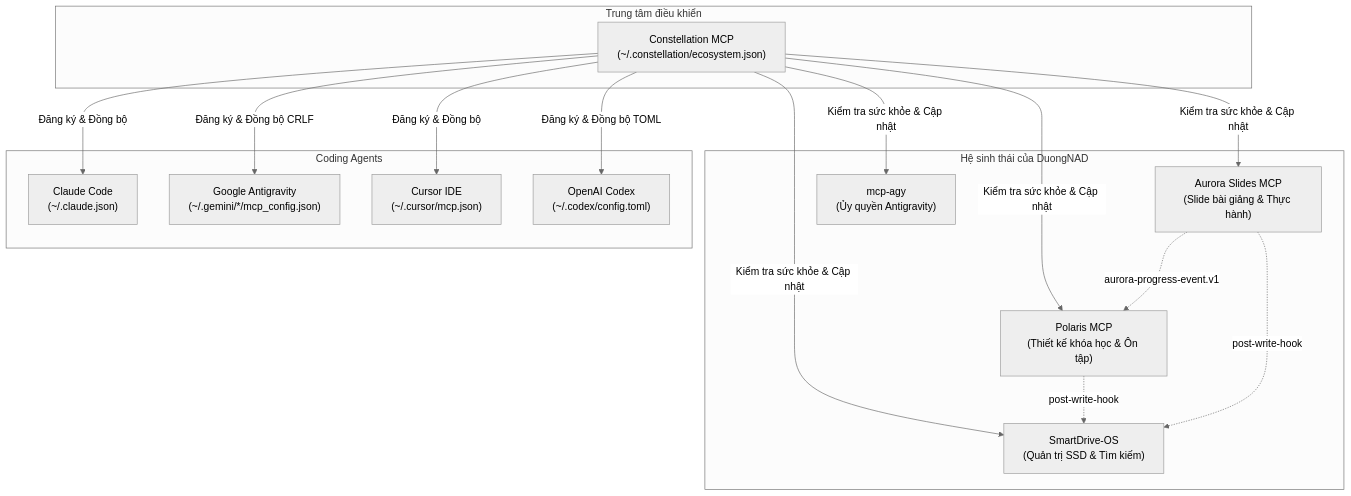
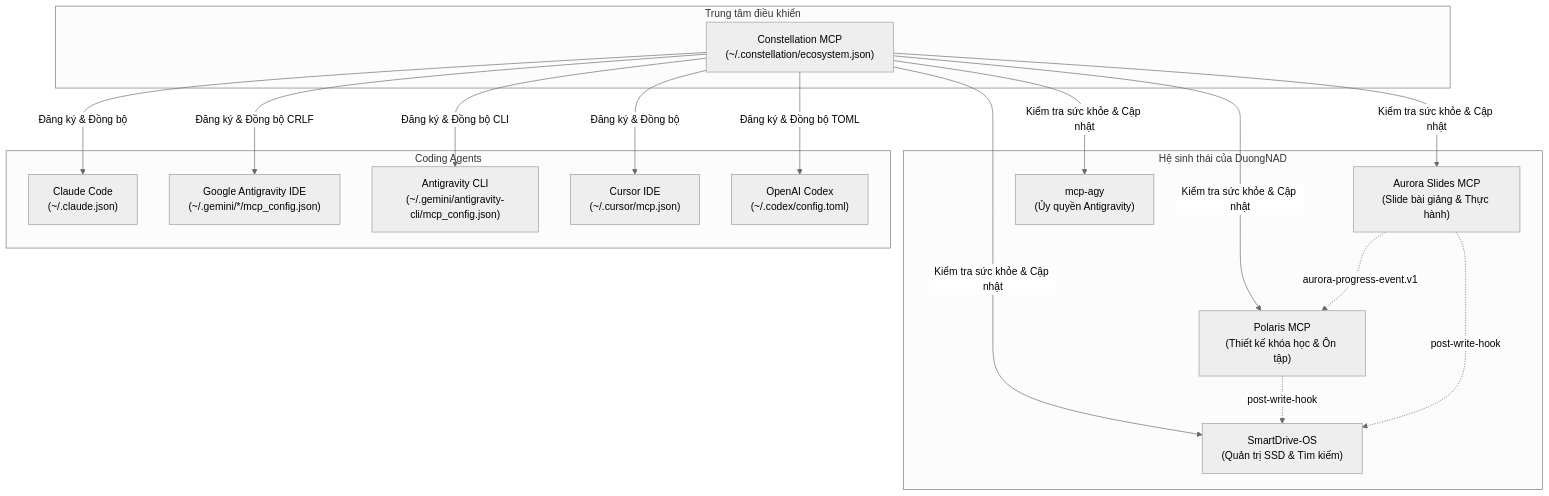
The diagram in README.vi.md (DuongNAD/constellation-mcp), drawn with Mermaid (neutral theme) before and after one commit. The commit also changed other lines of this file and 16 other files, not shown here.

First line of the commit message:
Constellation 0.1.1: reversible runs, antigravity-cli target, compact doctor

````diff
--- a/README.vi.md
+++ b/README.vi.md
@@ -7,34 +7,36 @@
 ```mermaid
 flowchart TD
   subgraph Ecosystem["Hệ sinh thái của DuongNAD"]
     Polaris["Polaris MCP\n(Thiết kế khóa học & Ôn tập)"]
     Aurora["Aurora Slides MCP\n(Slide bài giảng & Thực hành)"]
     SmartDrive["SmartDrive-OS\n(Quản trị SSD & Tìm kiếm)"]
     McpAgy["mcp-agy\n(Ủy quyền Antigravity)"]
   end
 
   subgraph ControlPlane["Trung tâm điều khiển"]
     Constellation["Constellation MCP\n(~/.constellation/ecosystem.json)"]
   end
 
   subgraph Agents["Coding Agents"]
     Claude["Claude Code\n(~/.claude.json)"]
-    Antigravity["Google Antigravity\n(~/.gemini/*/mcp_config.json)"]
+    Antigravity["Google Antigravity IDE\n(~/.gemini/*/mcp_config.json)"]
+    AntigravityCli["Antigravity CLI\n(~/.gemini/antigravity-cli/mcp_config.json)"]
     Cursor["Cursor IDE\n(~/.cursor/mcp.json)"]
     Codex["OpenAI Codex\n(~/.codex/config.toml)"]
   end
 
   Constellation -->|Đăng ký & Đồng bộ| Claude
   Constellation -->|Đăng ký & Đồng bộ CRLF| Antigravity
+  Constellation -->|Đăng ký & Đồng bộ CLI| AntigravityCli
   Constellation -->|Đăng ký & Đồng bộ| Cursor
   Constellation -->|Đăng ký & Đồng bộ TOML| Codex
 
   Constellation -->|Kiểm tra sức khỏe & Cập nhật| Polaris
   Constellation -->|Kiểm tra sức khỏe & Cập nhật| Aurora
   Constellation -->|Kiểm tra sức khỏe & Cập nhật| SmartDrive
   Constellation -->|Kiểm tra sức khỏe & Cập nhật| McpAgy
 
   Aurora -.->|aurora-progress-event.v1| Polaris
   Polaris -.->|post-write-hook| SmartDrive
   Aurora -.->|post-write-hook| SmartDrive
 ```
````
